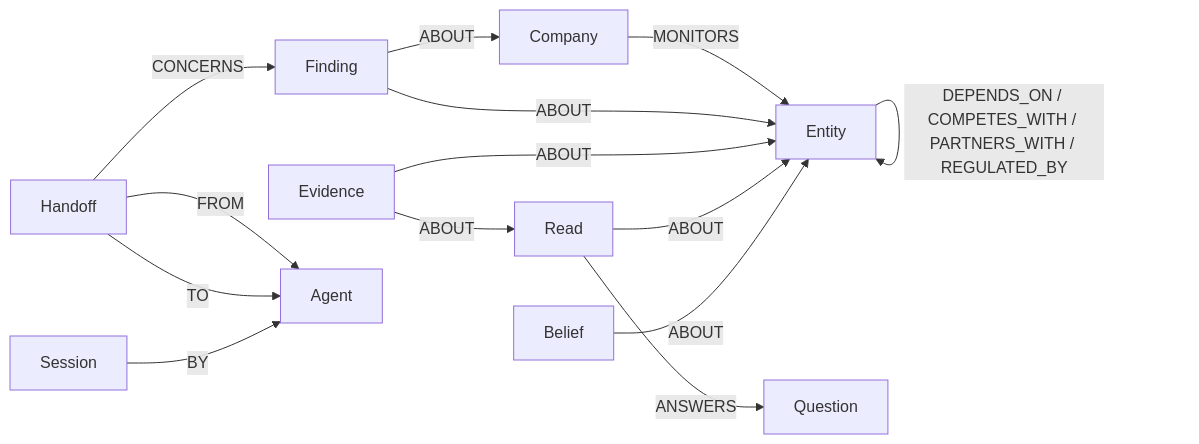
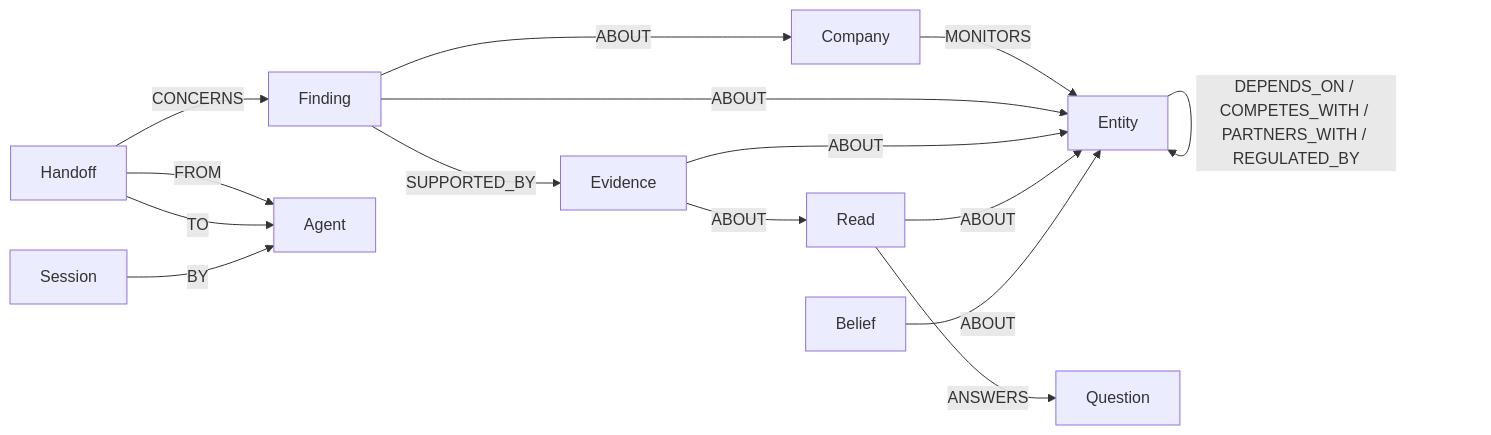
One commit to saurabhjambure-pixel/bahirjee-graph-memory changed the diagram in README.md. Above: the diagram before and after it, drawn with Mermaid. The commit also changed other lines of this file and 5 other files, not shown here.

First line of the commit message:
feat(graph): write completed analysis runs into the tenant memory graph

````diff
--- a/README.md
+++ b/README.md
@@ -105,16 +119,17 @@
 ```mermaid
 graph LR
   Company -- MONITORS --> Entity
   Entity -- "DEPENDS_ON / COMPETES_WITH / PARTNERS_WITH / REGULATED_BY" --> Entity
   Finding -- ABOUT --> Entity
+  Finding -- SUPPORTED_BY --> Evidence
   Evidence -- ABOUT --> Entity
   Read -- ABOUT --> Entity
   Belief -- ABOUT --> Entity
   Finding -- ABOUT --> Company
   Read -- ANSWERS --> Question
   Evidence -- ABOUT --> Read
   Handoff -- FROM --> Agent
   Handoff -- TO --> Agent
   Handoff -- CONCERNS --> Finding
   Session -- BY --> Agent
 ```
````
